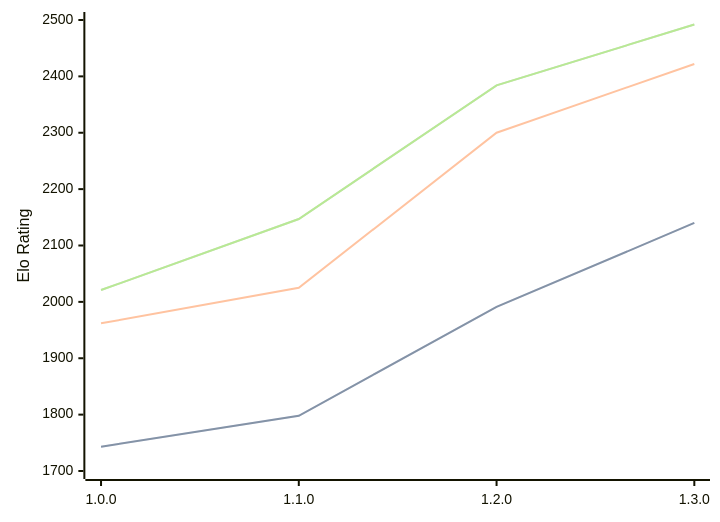
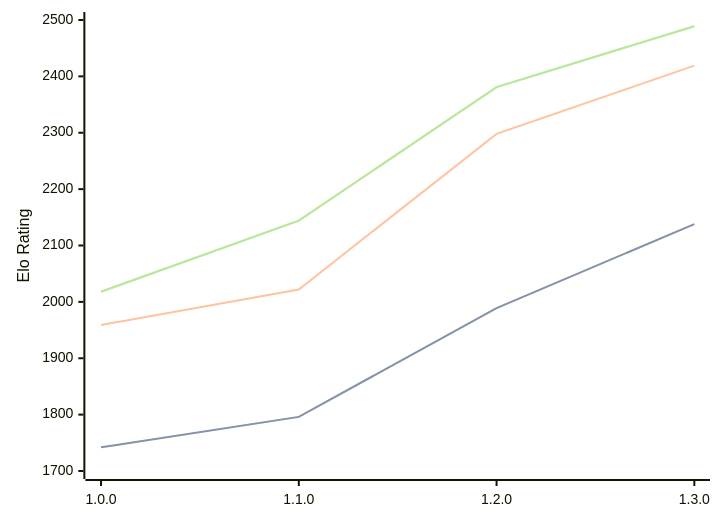
Before and after one commit to computer-chess-index/cci: the diagram in engines/Anodos.md, drawn with Mermaid. The commit also changed other lines of this file, not shown here.

Commit message:
Update CCI Ratings (ELO VLTC) - 2026-06-08

````diff
--- a/engines/Anodos.md
+++ b/engines/Anodos.md
@@ -45,11 +45,11 @@
 ```mermaid
 %%{init: {"theme":"base","themeVariables":{"seriesColors:['#a3a3a3','#222221','#faa371']}}}%%
 xychart-beta
   x-axis ["1.0.0", "1.1.0", "1.2.0", "1.3.0"]
   y-axis "Elo Rating" 1700 --> 2500
-  line "STC (8.0+0.08s)" [1743, 1798, 1991, 2140]
-  line "STC (8.0+0.08s)" [1743, 1798, 1991, 2140]
-  line "LTC (60.0+0.60s)" [1962, 2025, 2300, 2422]
-  line "VLTC (2m24s+1.12s)" [2021, 2147, 2384, 2492]
-  line "VLTC (2m24s+1.12s)" [2021, 2147, 2384, 2492]
+  line "STC (8.0+0.08s)" [1742, 1796, 1989, 2138]
+  line "STC (8.0+0.08s)" [1742, 1796, 1989, 2138]
+  line "LTC (60.0+0.60s)" [1959, 2022, 2298, 2419]
+  line "VLTC (2m24s+1.12s)" [2018, 2144, 2381, 2489]
+  line "VLTC (2m24s+1.12s)" [2018, 2144, 2381, 2489]
 ```
````
